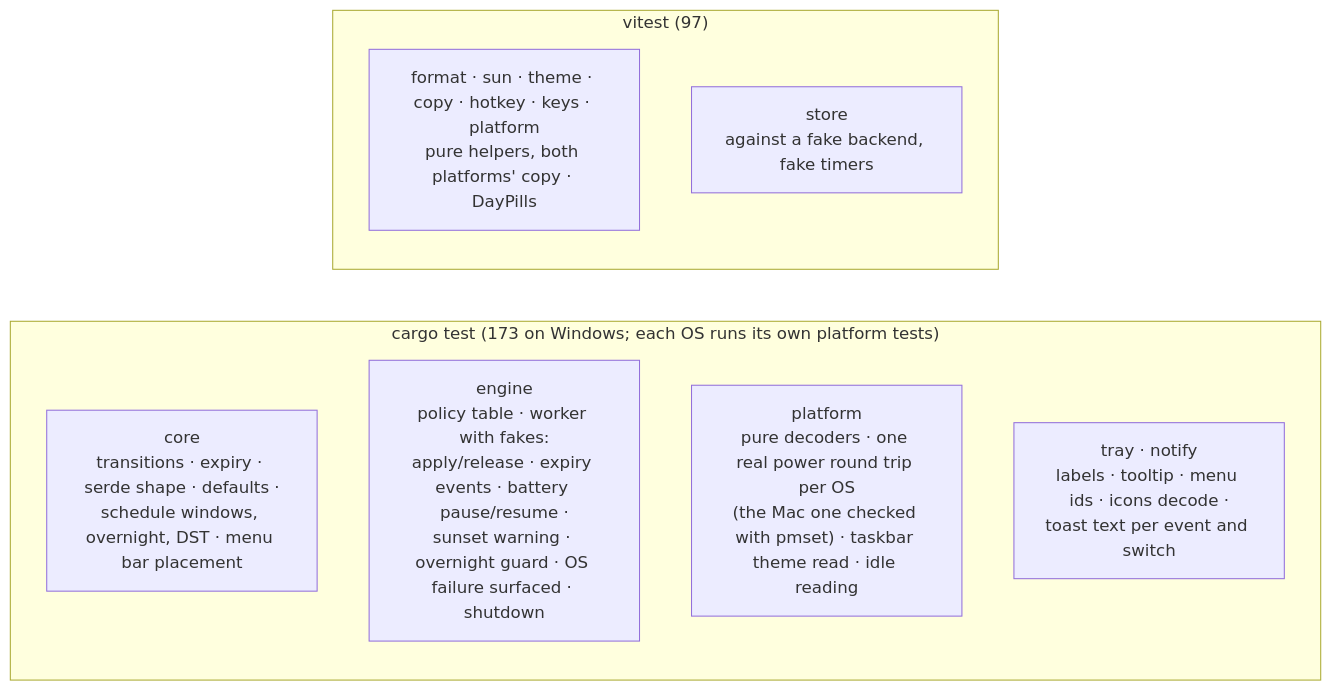
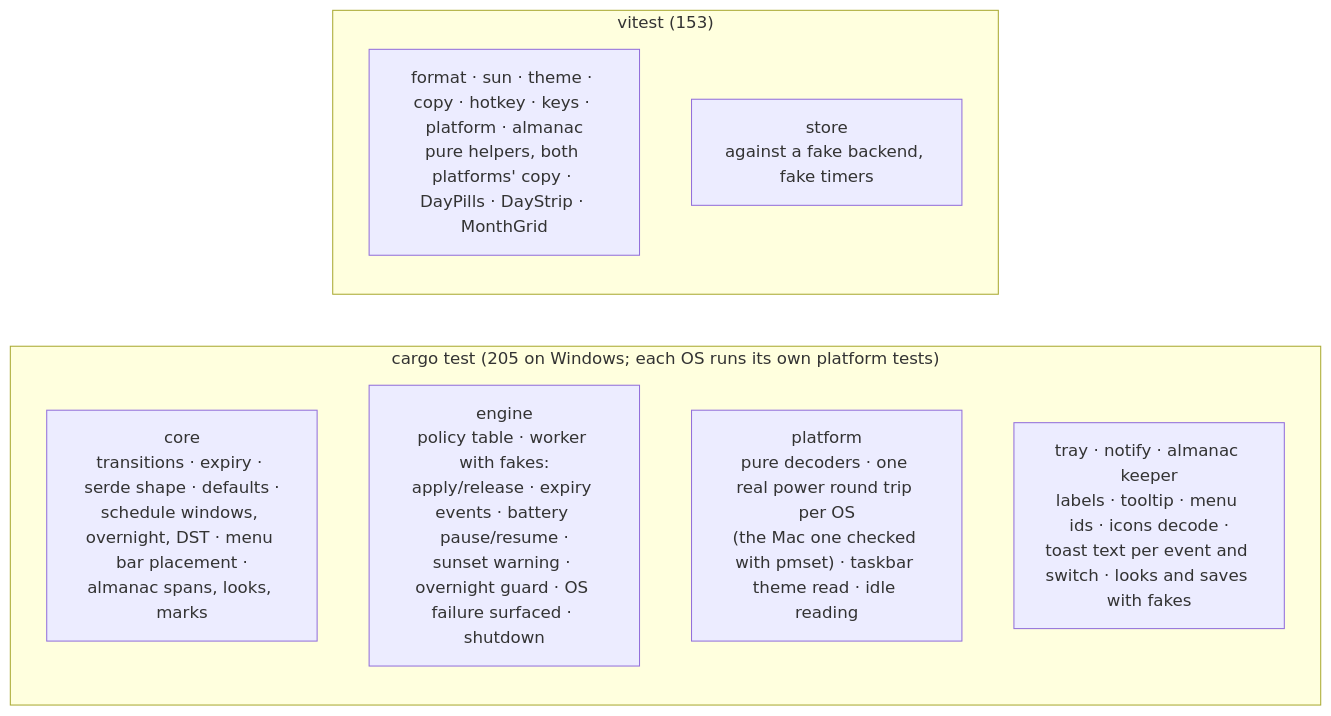
One commit to ax5hay/KeepMeAwake changed the fourth of 4 diagrams in docs/development.md. Above: the diagram before and after it, drawn with Mermaid. The commit also changed 14 other files, not shown here.

First line of the commit message:
docs: the almanac in the guide, architecture and changelog

````diff
--- a/docs/development.md
+++ b/docs/development.md
@@ -182,13 +182,13 @@
 ```mermaid
 flowchart LR
-    subgraph rust["cargo test (173 on Windows; each OS runs its own platform tests)"]
-        core_t["core<br/>transitions · expiry · serde shape · defaults ·<br/>schedule windows, overnight, DST · menu bar placement"]
+    subgraph rust["cargo test (205 on Windows; each OS runs its own platform tests)"]
+        core_t["core<br/>transitions · expiry · serde shape · defaults ·<br/>schedule windows, overnight, DST · menu bar placement ·<br/>almanac spans, looks, marks"]
         engine_t["engine<br/>policy table · worker with fakes:<br/>apply/release · expiry events · battery pause/resume ·<br/>sunset warning · overnight guard · OS failure surfaced · shutdown"]
         platform_t["platform<br/>pure decoders · one real power round trip per OS<br/>(the Mac one checked with pmset) · taskbar theme read · idle reading"]
-        tray_t["tray · notify<br/>labels · tooltip · menu ids · icons decode ·<br/>toast text per event and switch"]
+        tray_t["tray · notify · almanac keeper<br/>labels · tooltip · menu ids · icons decode ·<br/>toast text per event and switch · looks and saves with fakes"]
     end
-    subgraph ui["vitest (97)"]
-        fmt["format · sun · theme · copy · hotkey · keys · platform<br/>pure helpers, both platforms' copy · DayPills"]
+    subgraph ui["vitest (153)"]
+        fmt["format · sun · theme · copy · hotkey · keys · platform · almanac<br/>pure helpers, both platforms' copy · DayPills · DayStrip · MonthGrid"]
         store_t["store<br/>against a fake backend, fake timers"]
     end
 ```
````
